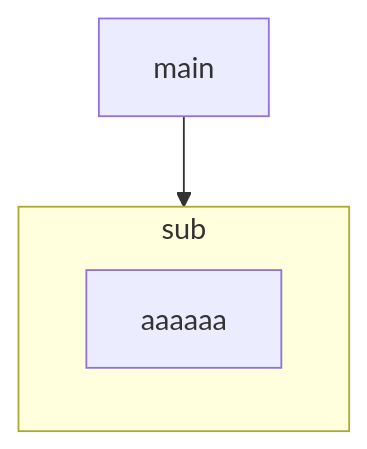
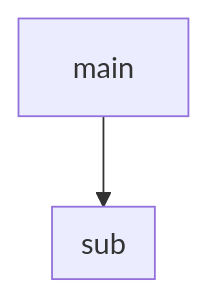
The first of 2 diagrams in README.md (CHAOSdonut/ReSpec-template-test), drawn with Mermaid before and after one commit.

````diff
--- a/README.md
+++ b/README.md
@@ -13,8 +13,8 @@
 ```mermaid
-graph TB;
-    main;
+graph TB
+    main
     subgraph sub
-      aaaaaa
-    end;
-    main-->sub;
+      
+    end
+    main-->sub
 ```
````
